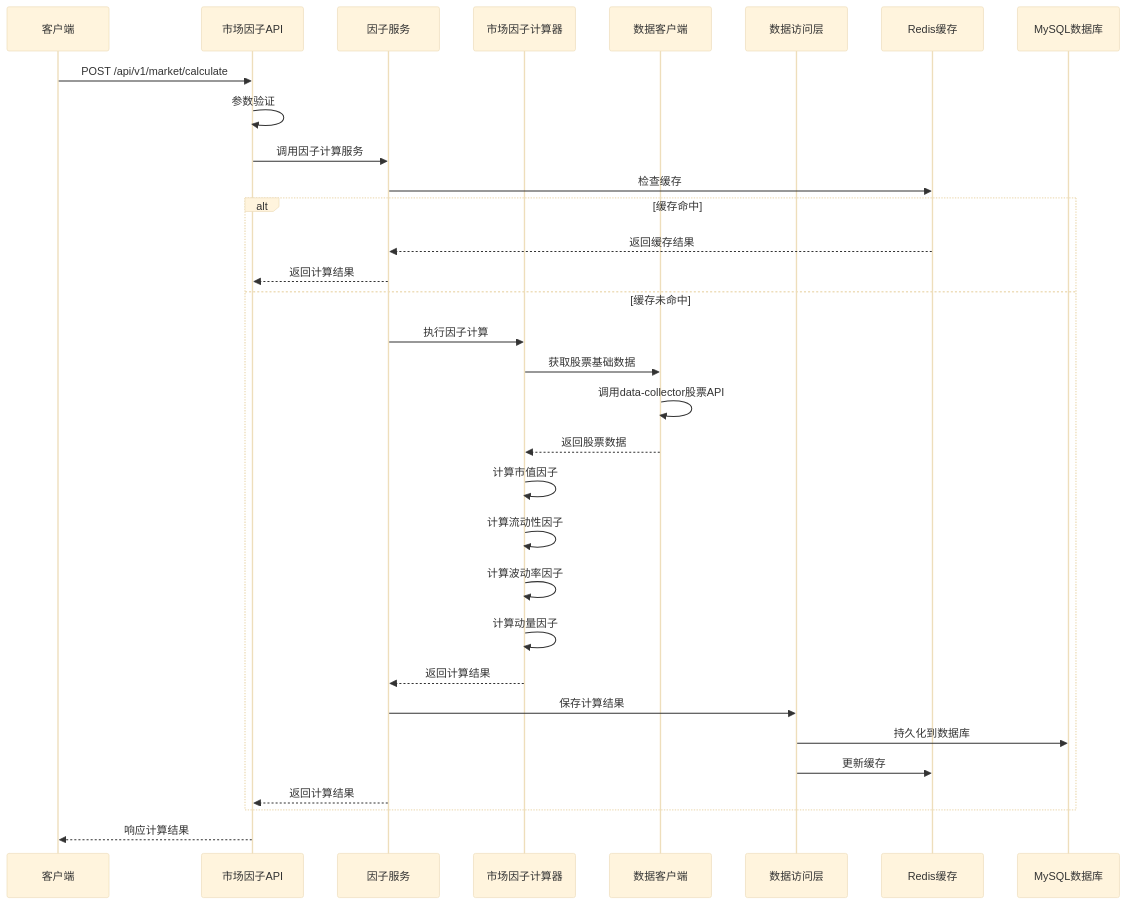
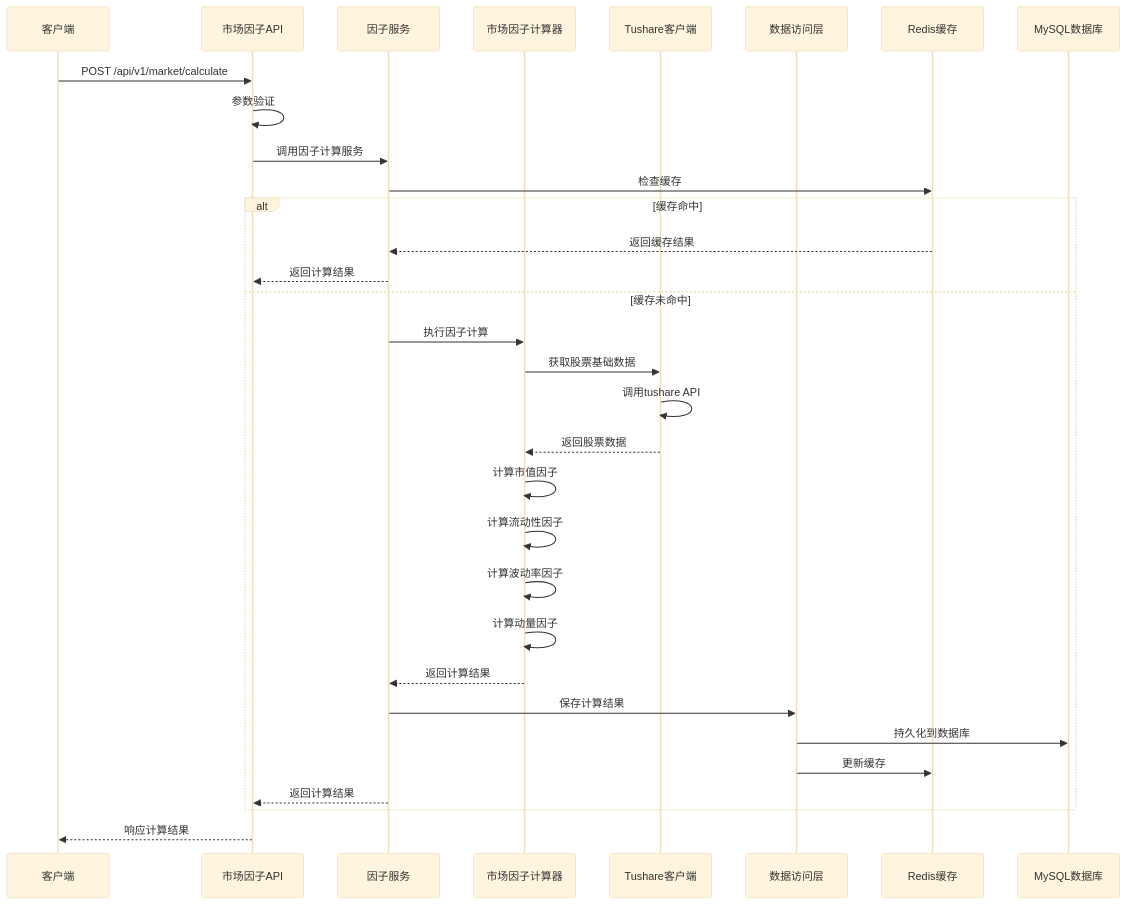
Before and after one commit to Casper-Mars/qtrade: the fifth of 9 diagrams in docs/iteration-2-factor-engine/design_backend.md, drawn with Mermaid (base theme). The commit also changed other lines of this file and 18 other files, not shown here.

````diff
--- a/docs/iteration-2-factor-engine/design_backend.md
+++ b/docs/iteration-2-factor-engine/design_backend.md
@@ -787,41 +842,41 @@
 ```mermaid
 sequenceDiagram
     participant Client as 客户端
     participant API as 市场因子API
     participant Service as 因子服务
     participant Calculator as 市场因子计算器
-    participant DataClient as 数据客户端
+    participant TushareClient as Tushare客户端
     participant DAO as 数据访问层
     participant Cache as Redis缓存
     participant DB as MySQL数据库
     
     Client->>API: POST /api/v1/market/calculate
     API->>API: 参数验证
     API->>Service: 调用因子计算服务
     
     Service->>Cache: 检查缓存
     alt 缓存命中
         Cache-->>Service: 返回缓存结果
         Service-->>API: 返回计算结果
     else 缓存未命中
         Service->>Calculator: 执行因子计算
         
-        Calculator->>DataClient: 获取股票基础数据
-        DataClient->>DataClient: 调用data-collector股票API
-        DataClient-->>Calculator: 返回股票数据
+        Calculator->>TushareClient: 获取股票基础数据
+        TushareClient->>TushareClient: 调用tushare API
+        TushareClient-->>Calculator: 返回股票数据
         
         Calculator->>Calculator: 计算市值因子
         Calculator->>Calculator: 计算流动性因子
         Calculator->>Calculator: 计算波动率因子
         Calculator->>Calculator: 计算动量因子
         Calculator-->>Service: 返回计算结果
         
         Service->>DAO: 保存计算结果
         DAO->>DB: 持久化到数据库
         DAO->>Cache: 更新缓存
         
         Service-->>API: 返回计算结果
     end
     
     API-->>Client: 响应计算结果
 ```
````
